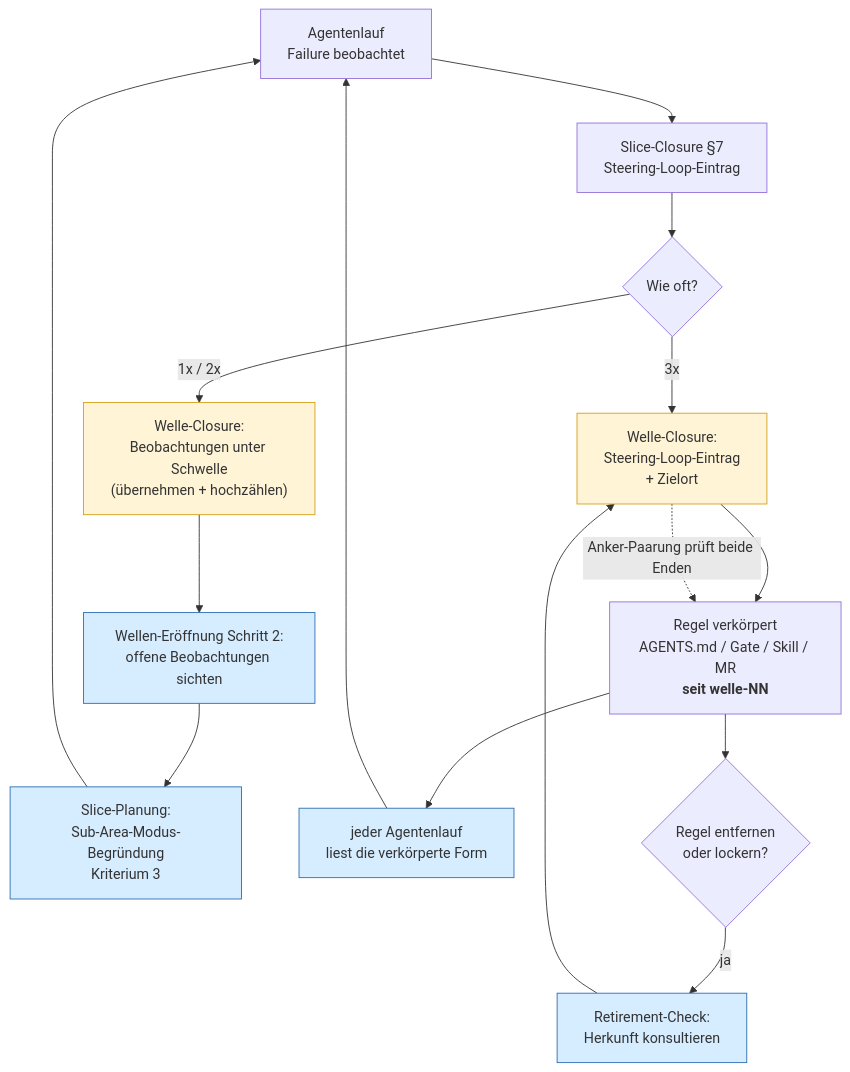
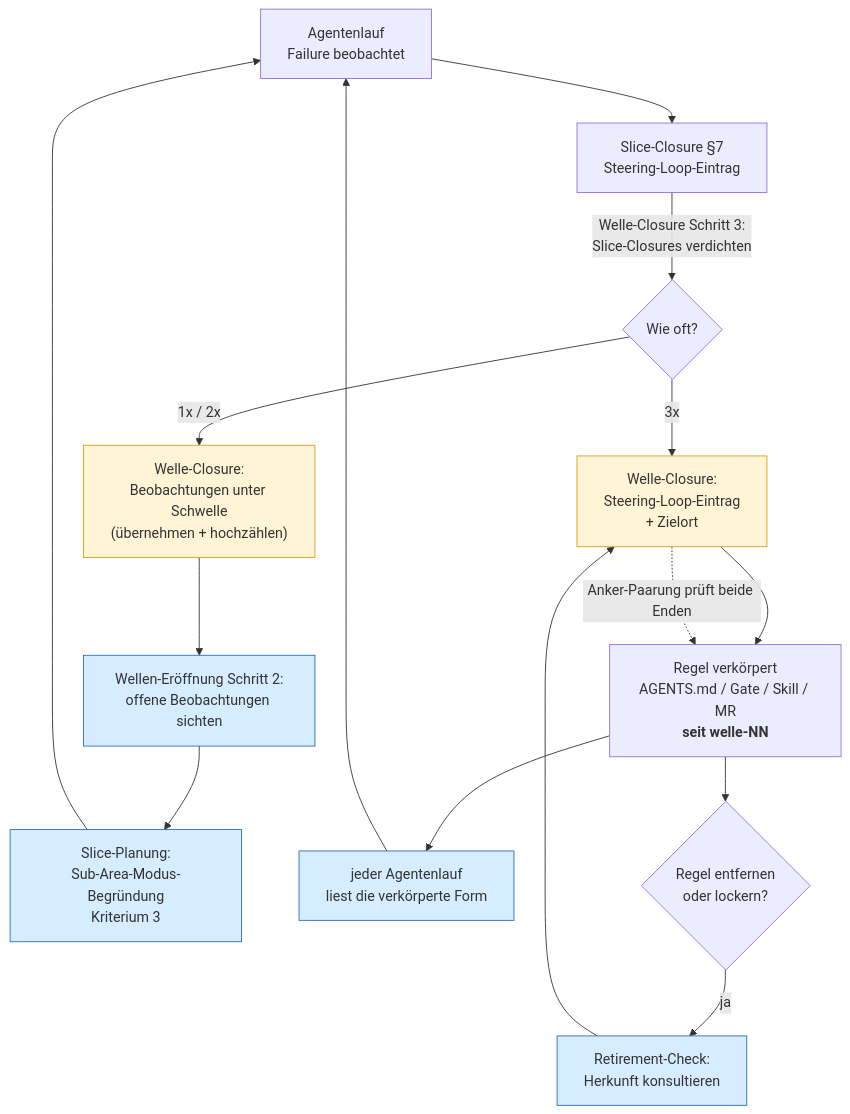
The fourth of 4 diagrams in kurs/de/grundlagen/konventionen.md (pt9912/ai-harness-course), drawn with Mermaid before and after one commit. The commit also changed 6 other files, not shown here.

````diff
--- a/kurs/de/grundlagen/konventionen.md
+++ b/kurs/de/grundlagen/konventionen.md
@@ -795,26 +795,26 @@
 ```mermaid
 flowchart TB
     A["Agentenlauf<br/>Failure beobachtet"] --> B["Slice-Closure §7<br/>Steering-Loop-Eintrag"]
-    B --> C{"Wie oft?"}
+    B -- "Welle-Closure Schritt 3:<br/>Slice-Closures verdichten" --> C{"Wie oft?"}
     C -- "1x / 2x" --> D["Welle-Closure:<br/>Beobachtungen unter Schwelle<br/>(übernehmen + hochzählen)"]
     C -- "3x" --> E["Welle-Closure:<br/>Steering-Loop-Eintrag<br/>+ Zielort"]
 
     D --> F["Wellen-Eröffnung Schritt 2:<br/>offene Beobachtungen sichten"]
     F --> G["Slice-Planung:<br/>Sub-Area-Modus-Begründung<br/>Kriterium 3"]
     G --> A
 
     E --> H["Regel verkörpert<br/>AGENTS.md / Gate / Skill / MR<br/><b>seit welle-NN</b>"]
     H --> I["jeder Agentenlauf<br/>liest die verkörperte Form"]
     I --> A
     E -. "Anker-Paarung prüft beide Enden" .-> H
     H --> J{"Regel entfernen<br/>oder lockern?"}
     J -- "ja" --> K["Retirement-Check:<br/>Herkunft konsultieren"]
     K --> E
 
     style D fill:#fff4d6,stroke:#d4a017
     style E fill:#fff4d6,stroke:#d4a017
     style F fill:#d6ecff,stroke:#2a6fb5
     style G fill:#d6ecff,stroke:#2a6fb5
     style I fill:#d6ecff,stroke:#2a6fb5
     style K fill:#d6ecff,stroke:#2a6fb5
 ```
````
